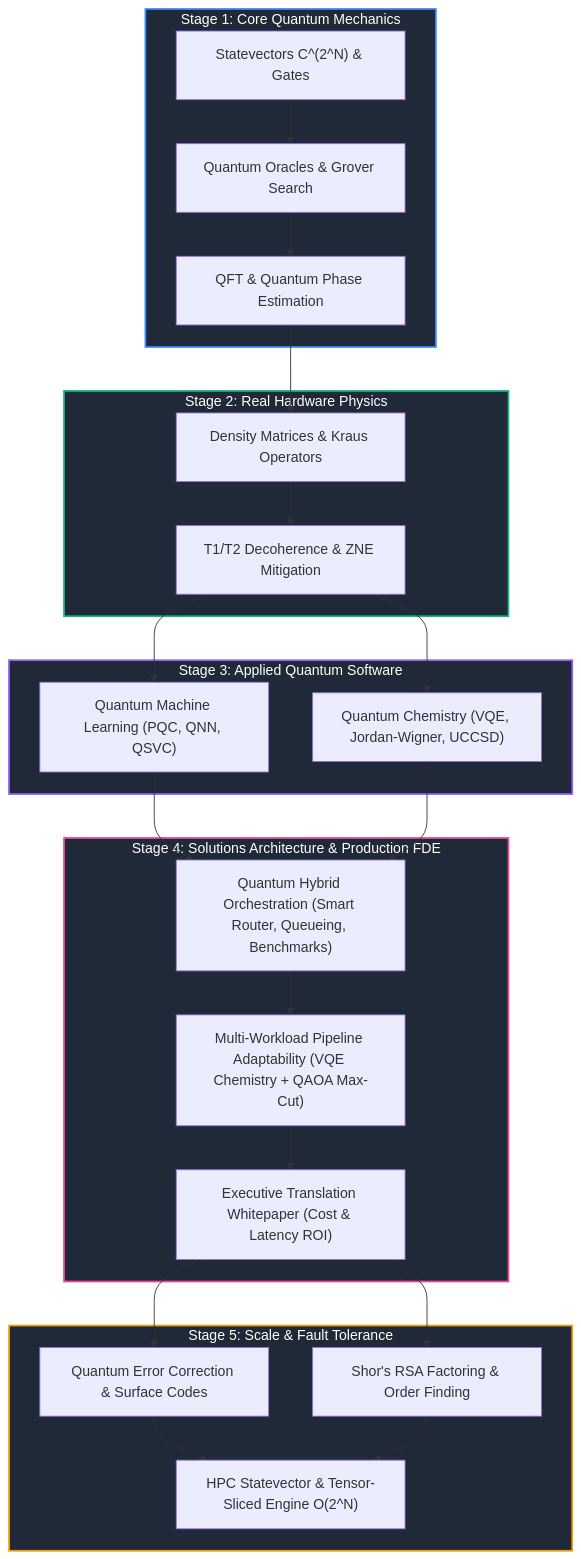
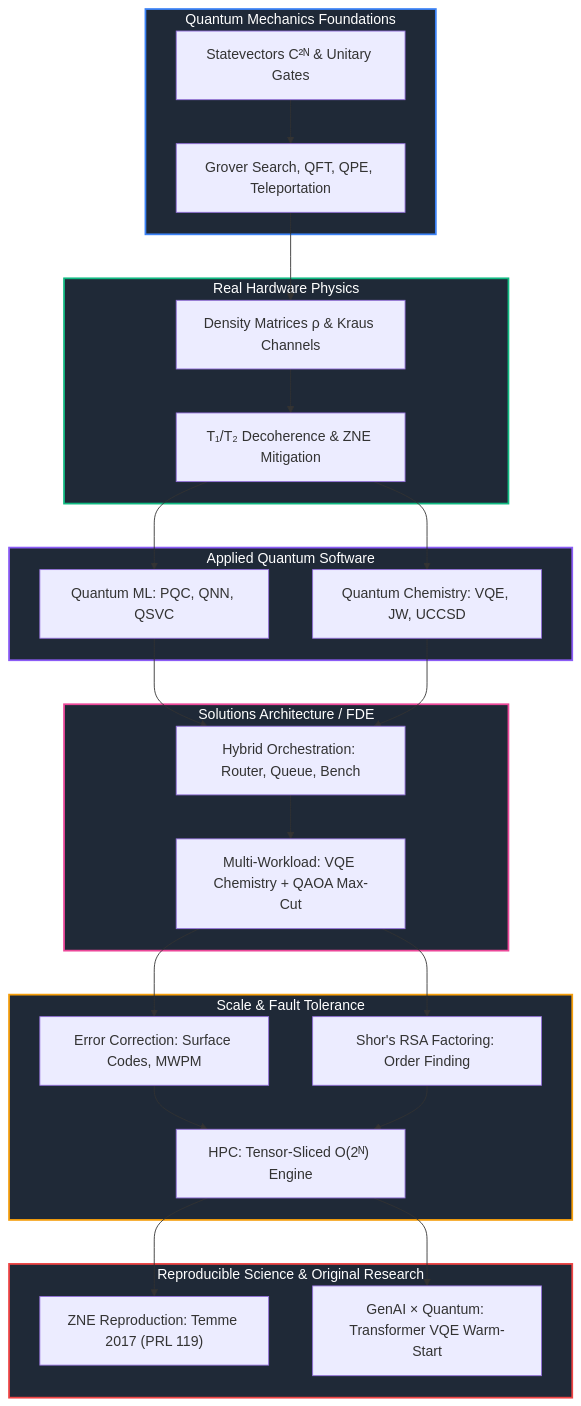
The diagram in README.md (aashiq-parinda/quantum-engineering-portfolio), drawn with Mermaid before and after one commit. The commit also changed other lines of this file, not shown here.

Commit message:
feat: add ZNE paper reproduction + GenAI×Quantum warmstart original research repos

````diff
--- a/README.md
+++ b/README.md
@@ -28,37 +30,36 @@
 ```mermaid
 flowchart TD
-    subgraph Core ["Stage 1: Core Quantum Mechanics"]
-        A["Statevectors C^(2^N) & Gates"] --> B["Quantum Oracles & Grover Search"]
-        B --> C["QFT & Quantum Phase Estimation"]
+    subgraph Core ["Quantum Mechanics Foundations"]
+        A["Statevectors C²ᴺ & Unitary Gates"] --> B["Grover Search, QFT, QPE, Teleportation"]
     end
-
-    subgraph Noise ["Stage 2: Real Hardware Physics"]
-        C --> D["Density Matrices & Kraus Operators"]
-        D --> E["T1/T2 Decoherence & ZNE Mitigation"]
+    subgraph Noise ["Real Hardware Physics"]
+        B --> C["Density Matrices ρ & Kraus Channels"]
+        C --> D["T₁/T₂ Decoherence & ZNE Mitigation"]
     end
-
-    subgraph Applications ["Stage 3: Applied Quantum Software"]
-        E --> F["Quantum Machine Learning (PQC, QNN, QSVC)"]
-        E --> G["Quantum Chemistry (VQE, Jordan-Wigner, UCCSD)"]
+    subgraph Applied ["Applied Quantum Software"]
+        D --> E["Quantum ML: PQC, QNN, QSVC"]
+        D --> F["Quantum Chemistry: VQE, JW, UCCSD"]
     end
-
-    subgraph Architecture ["Stage 4: Solutions Architecture & Production FDE"]
-        F --> H["Quantum Hybrid Orchestration (Smart Router, Queueing, Benchmarks)"]
-        G --> H
-        H --> I["Multi-Workload Pipeline Adaptability (VQE Chemistry + QAOA Max-Cut)"]
-        I --> J["Executive Translation Whitepaper (Cost & Latency ROI)"]
+    subgraph Arch ["Solutions Architecture / FDE"]
+        E --> G["Hybrid Orchestration: Router, Queue, Bench"]
+        F --> G
+        G --> H["Multi-Workload: VQE Chemistry + QAOA Max-Cut"]
     end
-
-    subgraph FaultTolerance ["Stage 5: Scale & Fault Tolerance"]
-        J --> K["Quantum Error Correction & Surface Codes"]
-        J --> L["Shor's RSA Factoring & Order Finding"]
-        K --> M["HPC Statevector & Tensor-Sliced Engine O(2^N)"]
-        L --> M
+    subgraph Scale ["Scale & Fault Tolerance"]
+        H --> I["Error Correction: Surface Codes, MWPM"]
+        H --> J["Shor's RSA Factoring: Order Finding"]
+        I --> K["HPC: Tensor-Sliced O(2ᴺ) Engine"]
+        J --> K
+    end
+    subgraph Research ["Reproducible Science & Original Research"]
+        K --> L["ZNE Reproduction: Temme 2017 (PRL 119)"]
+        K --> M["GenAI × Quantum: Transformer VQE Warm-Start"]
     end
 
     style Core fill:#1f2937,stroke:#3b82f6,stroke-width:2px,color:#fff
     style Noise fill:#1f2937,stroke:#10b981,stroke-width:2px,color:#fff
-    style Applications fill:#1f2937,stroke:#8b5cf6,stroke-width:2px,color:#fff
-    style Architecture fill:#1f2937,stroke:#ec4899,stroke-width:2px,color:#fff
-    style FaultTolerance fill:#1f2937,stroke:#f59e0b,stroke-width:2px,color:#fff
+    style Applied fill:#1f2937,stroke:#8b5cf6,stroke-width:2px,color:#fff
+    style Arch fill:#1f2937,stroke:#ec4899,stroke-width:2px,color:#fff
+    style Scale fill:#1f2937,stroke:#f59e0b,stroke-width:2px,color:#fff
+    style Research fill:#1f2937,stroke:#ef4444,stroke-width:2px,color:#fff
 ```
````
